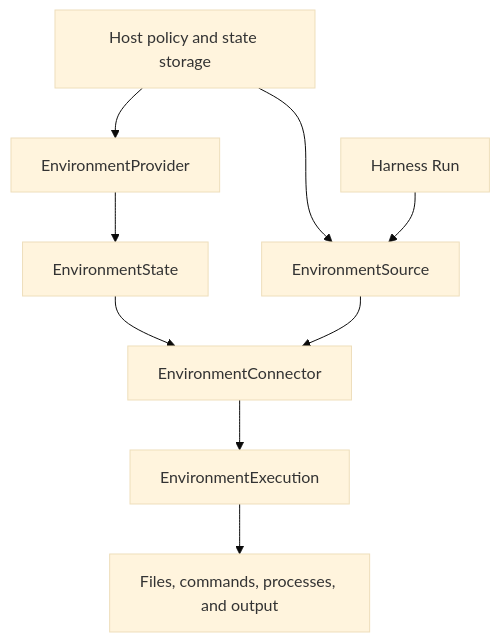
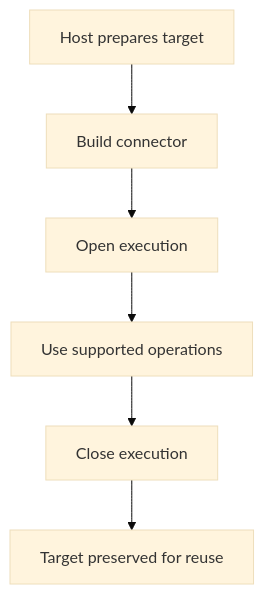
Before and after one commit to Jarvis636431/agent-foundation: the diagram in docs/environments/index.md, drawn with Mermaid (base theme). The commit also changed other lines of this file and 202 other files, not shown here.

````diff
--- a/docs/environments/index.md
+++ b/docs/environments/index.md
@@ -57,11 +55,11 @@
 ```mermaid
 flowchart TB
-    Host[Host policy and state storage] --> Management[EnvironmentProvider]
-    Management --> State[EnvironmentState]
-    State --> Connector[EnvironmentConnector]
-    Connector --> Execution[EnvironmentExecution]
-    Execution --> Operations[Files, commands, processes, and output]
-    Host --> Source[EnvironmentSource]
-    Source --> Connector
-    Harness[Harness Run] --> Source
+    Host[Host prepares target] --> Connector[Build connector]
+    Connector --> Execution[Open execution]
+    Execution --> Operations[Use supported operations]
+    Operations --> Close[Close execution]
+    Close --> Target[Target preserved for reuse]
+    class Host app
+    class Connector,Execution,Operations,Close a13n
+    class Target store
 ```
````
